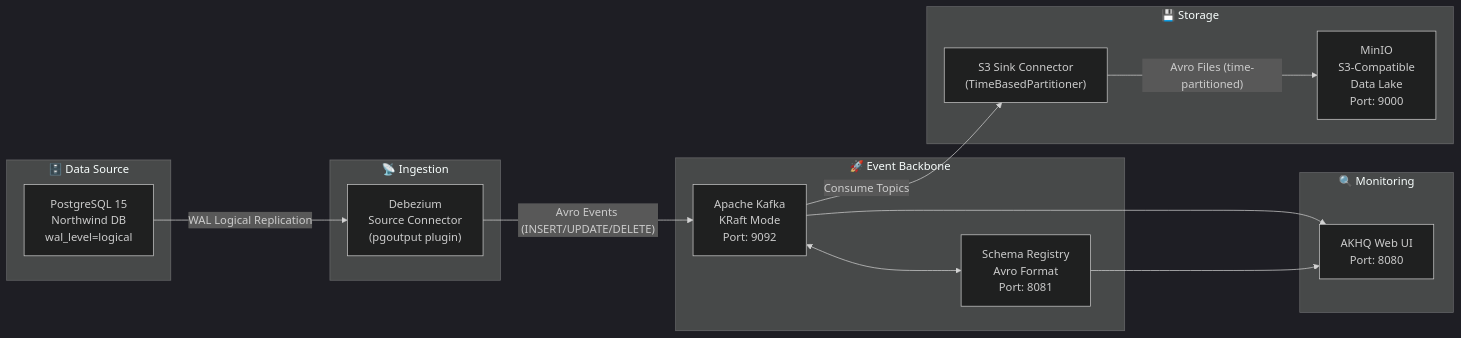
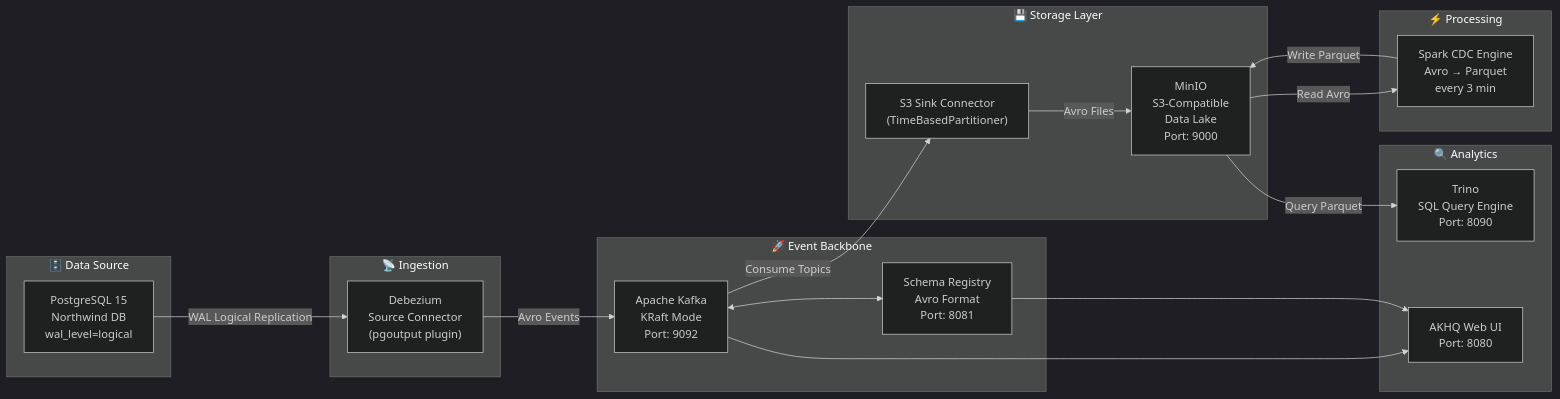
Before and after one commit to CkoThuw11/DatebayoZenith: the diagram in docs/architecture.md, drawn with Mermaid (dark theme). The commit also changed other lines of this file and 19 other files, not shown here.

Commit message:
feat(trino): add Trino query engine + Spark CDC processor - Add Trino 435 with file metastore, query Parquet from MinIO - Add Spark CDC processor (Avro → Parquet, schedule 3min) - Fix docker-compose: MinIO healthcheck, service dependencies - Fix generator/Dockerfile (was empty)

````diff
--- a/docs/architecture.md
+++ b/docs/architecture.md
@@ -16,32 +16,40 @@
 ```mermaid
 flowchart LR
     subgraph SOURCE["🗄️ Data Source"]
         PG["PostgreSQL 15\nNorthwind DB\nwal_level=logical"]
     end
 
     subgraph INGEST["📡 Ingestion"]
         DEB["Debezium\nSource Connector\n(pgoutput plugin)"]
     end
 
     subgraph BACKBONE["🚀 Event Backbone"]
         KAFKA["Apache Kafka\nKRaft Mode\nPort: 9092"]
         SR["Schema Registry\nAvro Format\nPort: 8081"]
     end
 
-    subgraph SINK["💾 Storage"]
+    subgraph STORAGE["💾 Storage Layer"]
         S3SINK["S3 Sink Connector\n(TimeBasedPartitioner)"]
         MINIO["MinIO\nS3-Compatible\nData Lake\nPort: 9000"]
     end
 
-    subgraph MONITOR["🔍 Monitoring"]
+    subgraph PROCESSING["⚡ Processing"]
+        SPARK["Spark CDC Engine\nAvro → Parquet\nevery 3 min"]
+    end
+
+    subgraph QUERY["🔍 Analytics"]
+        TRINO["Trino\nSQL Query Engine\nPort: 8090"]
         AKHQ["AKHQ Web UI\nPort: 8080"]
     end
 
     PG -- "WAL Logical Replication" --> DEB
-    DEB -- "Avro Events (INSERT/UPDATE/DELETE)" --> KAFKA
+    DEB -- "Avro Events" --> KAFKA
     KAFKA <--> SR
     KAFKA -- "Consume Topics" --> S3SINK
-    S3SINK -- "Avro Files (time-partitioned)" --> MINIO
+    S3SINK -- "Avro Files" --> MINIO
+    MINIO -- "Read Avro" --> SPARK
+    SPARK -- "Write Parquet" --> MINIO
+    MINIO -- "Query Parquet" --> TRINO
     KAFKA --> AKHQ
     SR --> AKHQ
 ```
````
